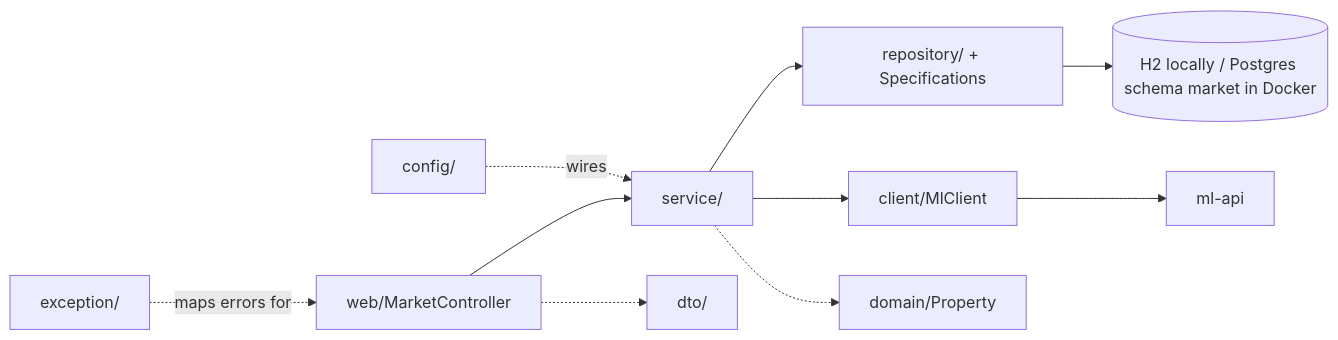
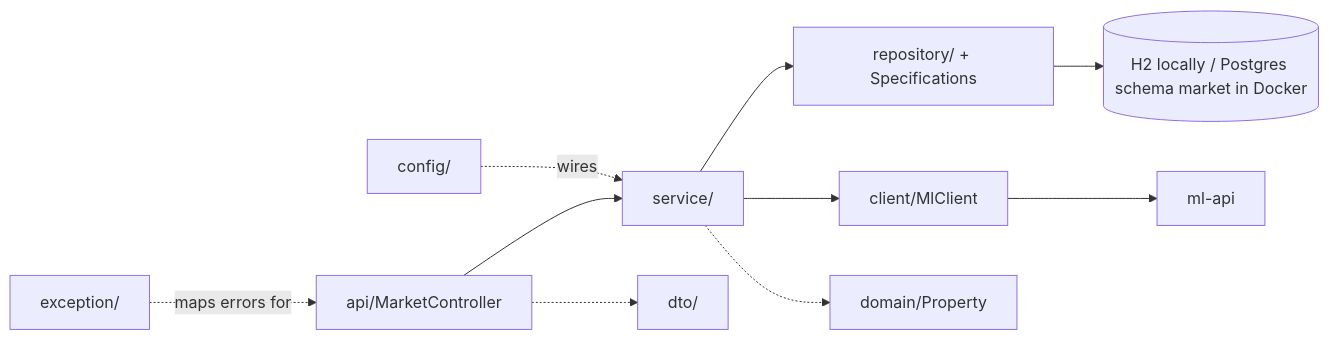
Before and after one commit to Ekhrapykin/housing-prediction-portal: the first of 2 diagrams in market-api/ARCHITECTURE.md, drawn with Mermaid. The commit also changed other lines of this file and 5 other files, not shown here.

First line of the commit message:
market-api: rename web package to api, move RequestIdFilter to config

````diff
--- a/market-api/ARCHITECTURE.md
+++ b/market-api/ARCHITECTURE.md
@@ -5,10 +5,10 @@
 ```mermaid
 flowchart LR
-  W[web/MarketController] --> S[service/]
+  W[api/MarketController] --> S[service/]
   S --> R[repository/ + Specifications] --> H[(H2 locally / Postgres schema market in Docker)]
   S --> C[client/MlClient] --> ML[ml-api]
   W -.-> D[dto/]
   S -.-> Dom[domain/Property]
   Cfg[config/] -.wires.-> S
   Ex[exception/] -.maps errors for.-> W
 ```
````
